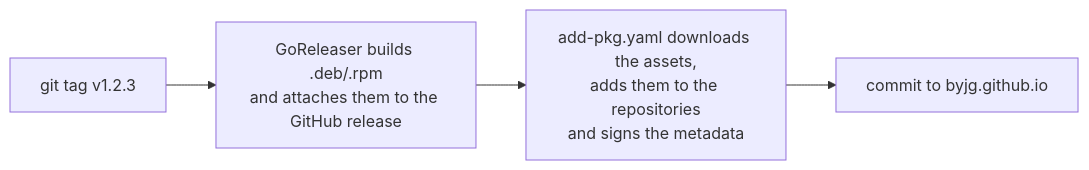
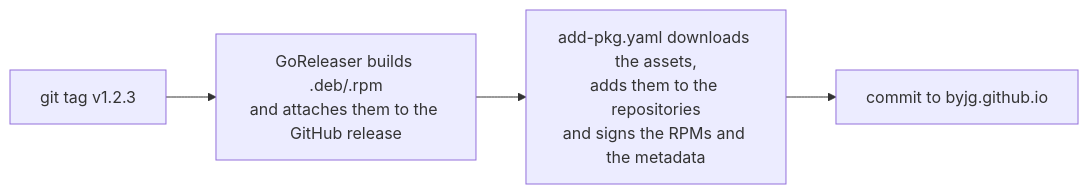
Before and after one commit to byjg/byjg.github.io: the diagram in docs/opensource/guidelines/linux-packages.md, drawn with Mermaid. The commit also changed other lines of this file and 77 other files, not shown here.

````diff
--- a/docs/opensource/guidelines/linux-packages.md
+++ b/docs/opensource/guidelines/linux-packages.md
@@ -16,6 +18,6 @@
 ```mermaid
 flowchart LR
     tag["git tag v1.2.3"] --> build["GoReleaser builds .deb/.rpm<br/>and attaches them to the GitHub release"]
-    build --> addpkg["add-pkg.yaml downloads the assets,<br/>adds them to the repositories<br/>and signs the metadata"]
+    build --> addpkg["add-pkg.yaml downloads the assets,<br/>adds them to the repositories<br/>and signs the RPMs and the metadata"]
     addpkg --> site["commit to byjg.github.io"]
 ```
````
